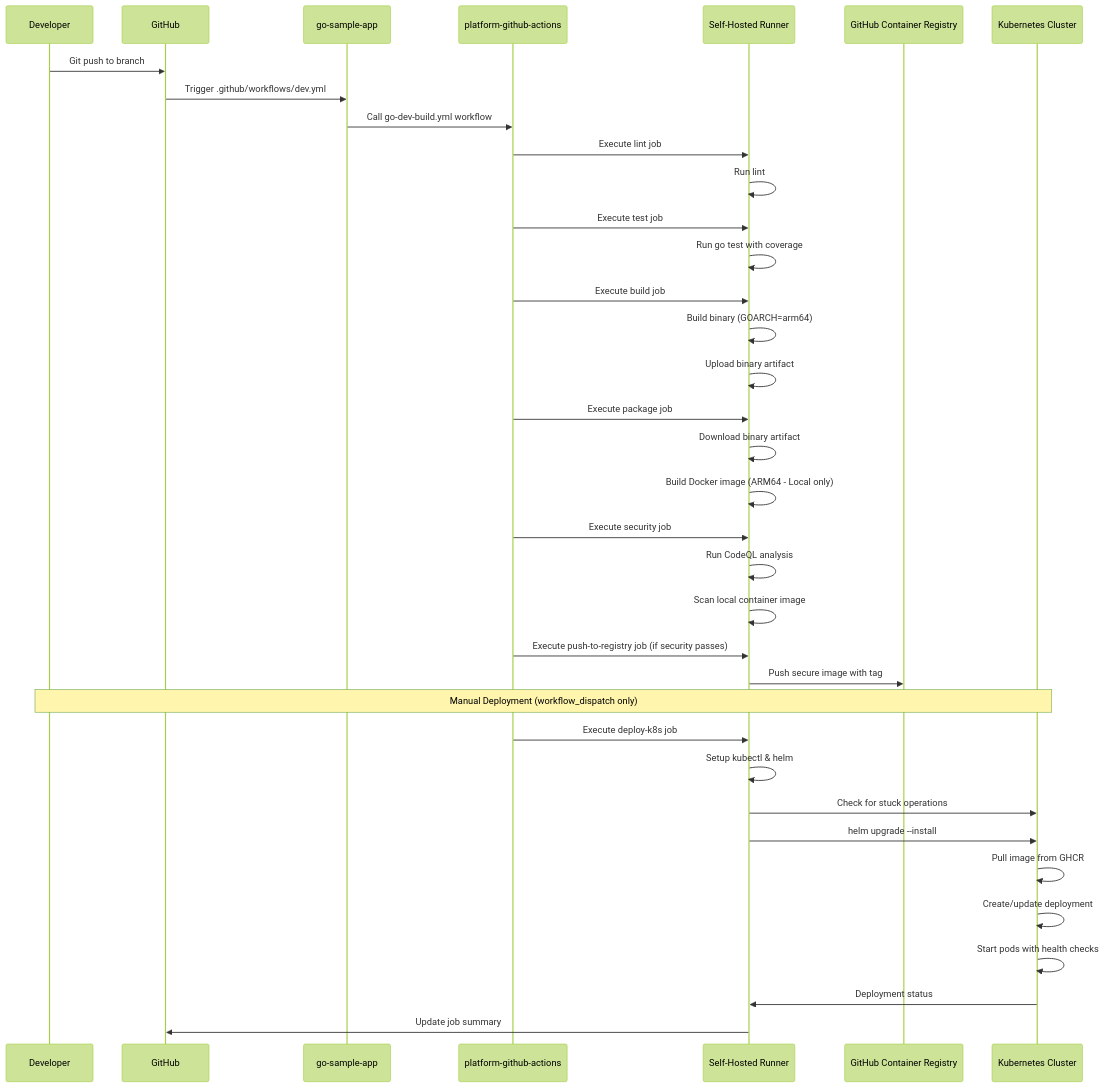
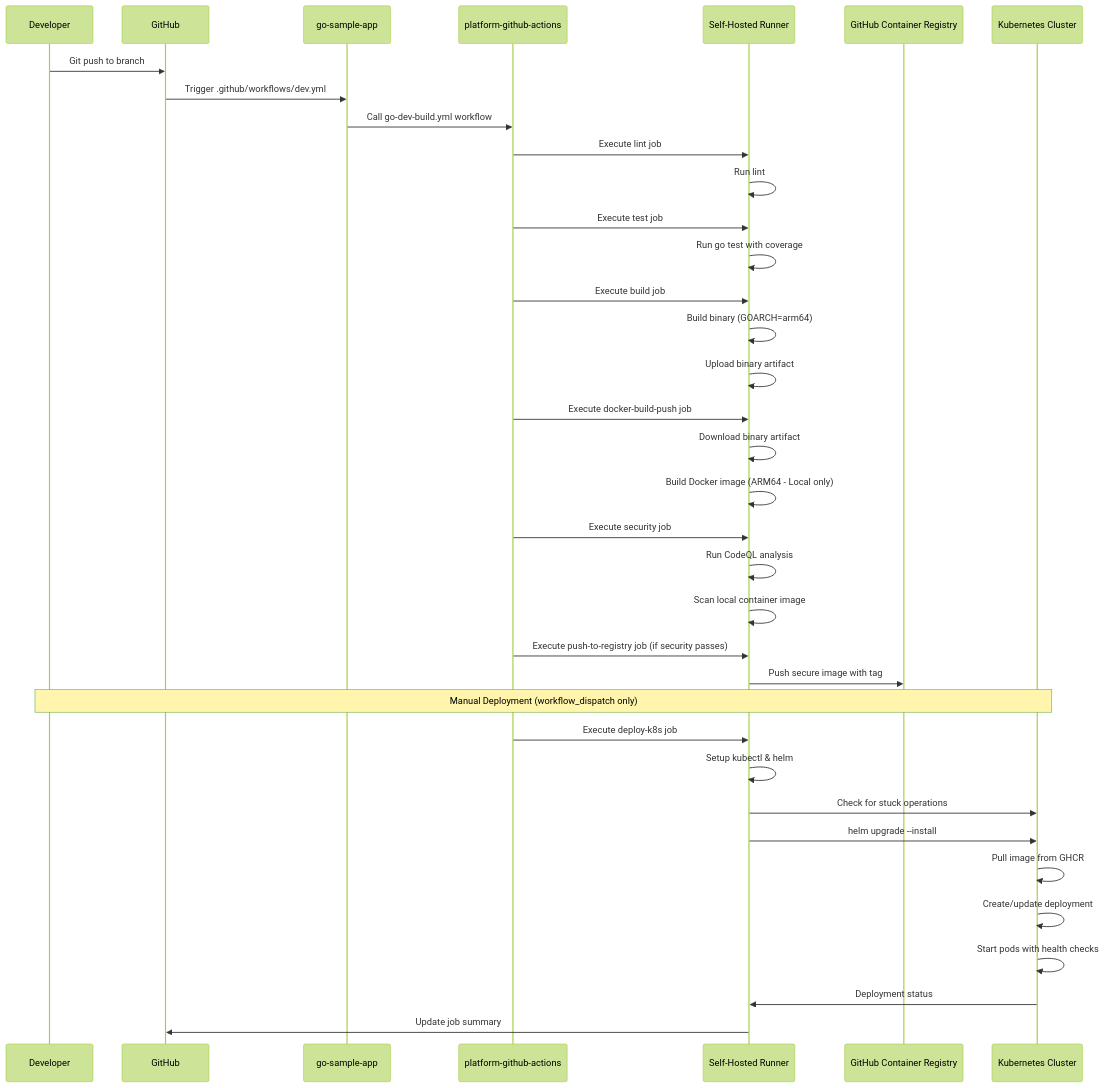
Before and after one commit to altimetrik-digital-enablement-demo-hub/platform-github-actions: the fourth of 7 diagrams in FLOW.md, drawn with Mermaid (forest theme). The commit also changed other lines of this file and 8 other files, not shown here.

````diff
--- a/FLOW.md
+++ b/FLOW.md
@@ -113,47 +113,47 @@
 ```mermaid
 sequenceDiagram
     participant Dev as Developer
     participant GH as GitHub
     participant App as go-sample-app
     participant Platform as platform-github-actions
     participant Runner as Self-Hosted Runner
     participant GHCR as GitHub Container Registry
     participant K8s as Kubernetes Cluster
 
     Dev->>GH: Git push to branch
     GH->>App: Trigger .github/workflows/dev.yml
     App->>Platform: Call go-dev-build.yml workflow
     
     Platform->>Runner: Execute lint job
     Runner->>Runner: Run lint
     
     Platform->>Runner: Execute test job
     Runner->>Runner: Run go test with coverage
     
     Platform->>Runner: Execute build job
     Runner->>Runner: Build binary (GOARCH=arm64)
     Runner->>Runner: Upload binary artifact
     
-    Platform->>Runner: Execute package job
+    Platform->>Runner: Execute docker-build-push job
     Runner->>Runner: Download binary artifact
     Runner->>Runner: Build Docker image (ARM64 - Local only)
     
     Platform->>Runner: Execute security job
     Runner->>Runner: Run CodeQL analysis
     Runner->>Runner: Scan local container image
     
     Platform->>Runner: Execute push-to-registry job (if security passes)
     Runner->>GHCR: Push secure image with tag
     
     Note over Dev,K8s: Manual Deployment (workflow_dispatch only)
     
     Platform->>Runner: Execute deploy-k8s job
     Runner->>Runner: Setup kubectl & helm
     Runner->>K8s: Check for stuck operations
     Runner->>K8s: helm upgrade --install
     K8s->>K8s: Pull image from GHCR
     K8s->>K8s: Create/update deployment
     K8s->>K8s: Start pods with health checks
     K8s->>Runner: Deployment status
     Runner->>GH: Update job summary
 ```
````
